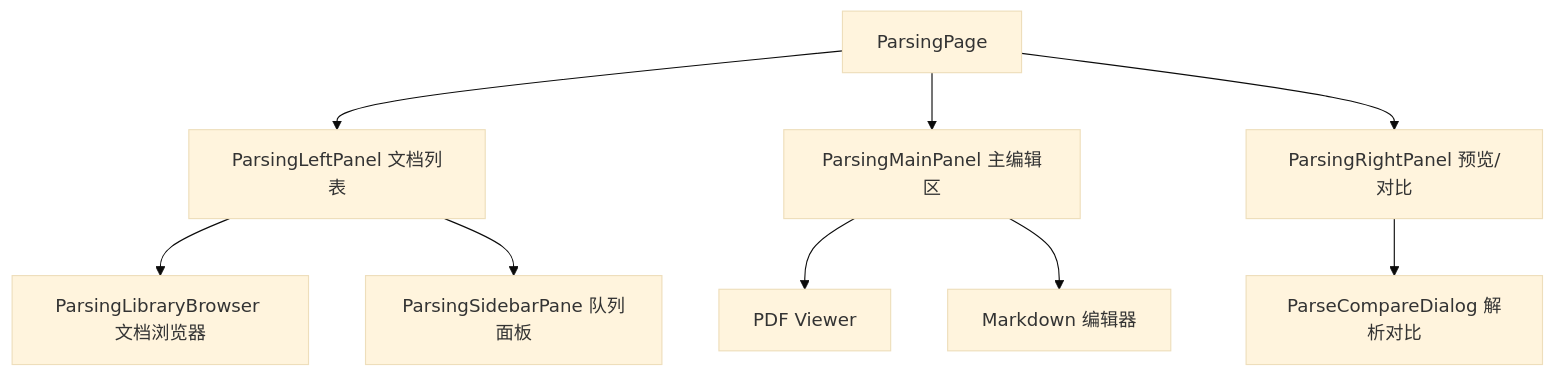
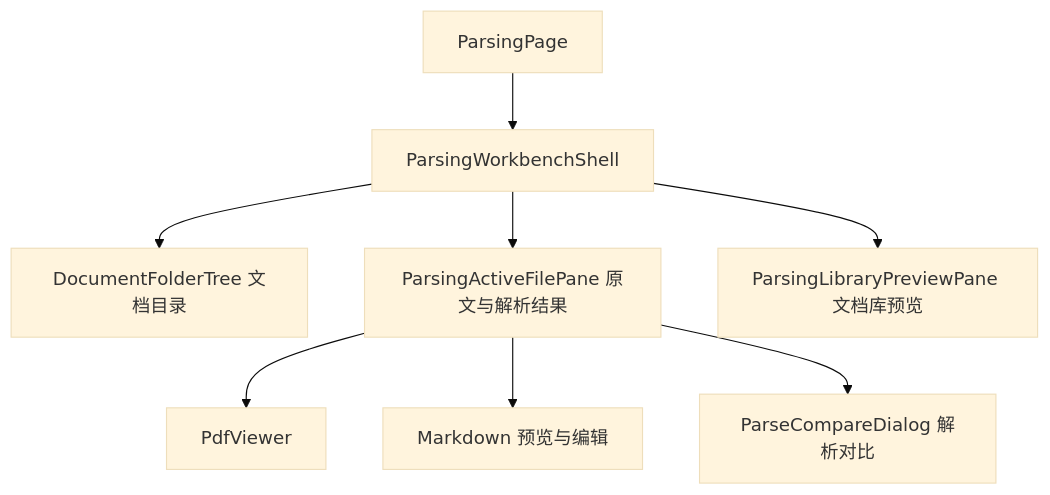
The diagram in docs-site/docs/frontend/more/parsing.md (skygazer42/MimirQ), drawn with Mermaid (base theme) before and after one commit. The commit also changed other lines of this file and 3886 other files, not shown here.

````diff
--- a/docs-site/docs/frontend/more/parsing.md
+++ b/docs-site/docs/frontend/more/parsing.md
@@ -20,11 +20,10 @@
 ```mermaid
 graph TD
-  A[ParsingPage] --> B[ParsingLeftPanel 文档列表]
-  A --> C[ParsingMainPanel 主编辑区]
-  A --> D[ParsingRightPanel 预览/对比]
-  B --> E[ParsingLibraryBrowser 文档浏览器]
-  B --> F[ParsingSidebarPane 队列面板]
-  C --> G[PDF Viewer]
-  C --> H[Markdown 编辑器]
-  D --> I[ParseCompareDialog 解析对比]
+  A[ParsingPage] --> B[ParsingWorkbenchShell]
+  B --> F[DocumentFolderTree 文档目录]
+  B --> C[ParsingActiveFilePane 原文与解析结果]
+  B --> D[ParsingLibraryPreviewPane 文档库预览]
+  C --> G[PdfViewer]
+  C --> H[Markdown 预览与编辑]
+  C --> I[ParseCompareDialog 解析对比]
 ```
````
